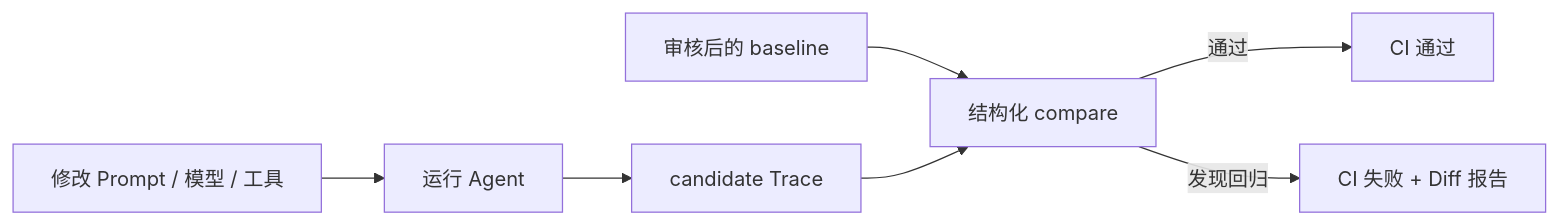
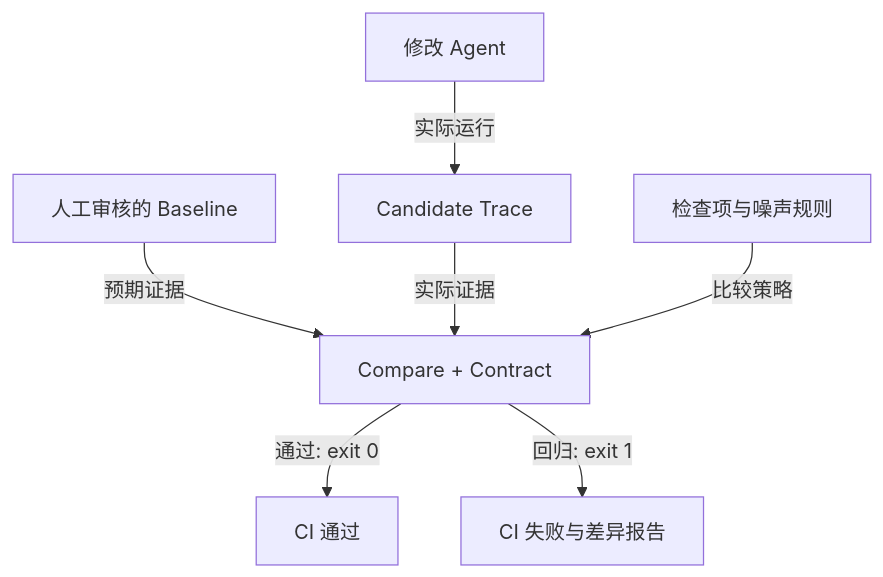
The diagram in README.md (ANTAO94/agent-regression-kit), drawn with Mermaid before and after one commit. The commit also changed other lines of this file and 13 other files, not shown here.

Commit message:
docs: clarify architecture, integration and policy-driven CI

````diff
--- a/README.md
+++ b/README.md
@@ -25,9 +31,9 @@
 ```mermaid
-flowchart LR
-    Change[修改 Prompt / 模型 / 工具] --> Run[运行 Agent]
-    Run --> Candidate[candidate Trace]
-    Baseline[审核后的 baseline] --> Compare[结构化 compare]
-    Candidate --> Compare
-    Compare -->|通过| Pass[CI 通过]
-    Compare -->|发现回归| Fail[CI 失败 + Diff 报告]
+flowchart TD
+    A[修改 Agent] -->|实际运行| C[Candidate Trace]
+    B[人工审核的 Baseline] -->|预期证据| D[Compare + Contract]
+    C -->|实际证据| D
+    P[检查项与噪声规则] -->|比较策略| D
+    D -->|通过: exit 0| OK[CI 通过]
+    D -->|回归: exit 1| FAIL[CI 失败与差异报告]
 ```
````
